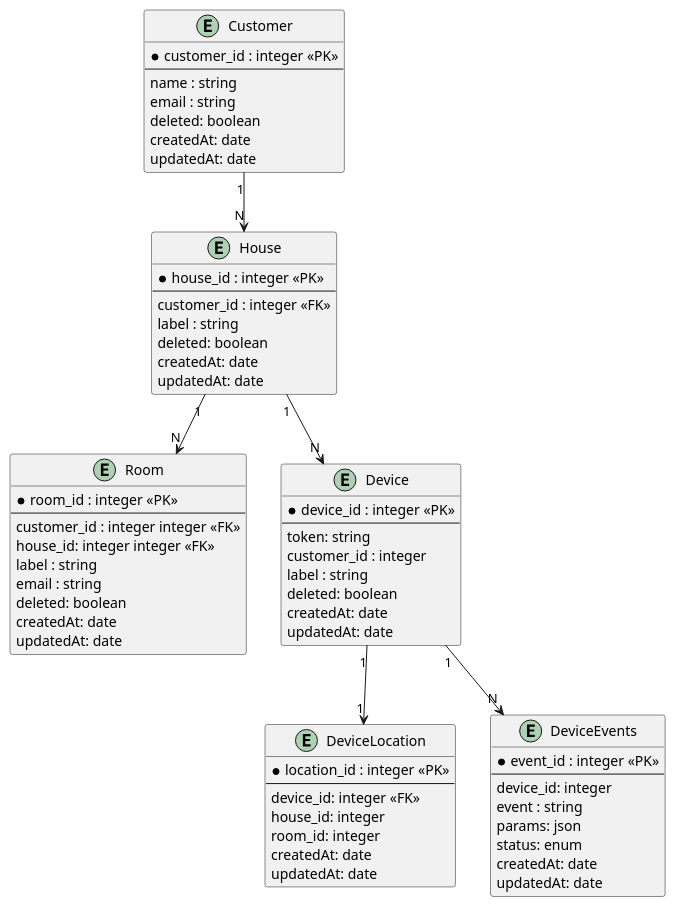
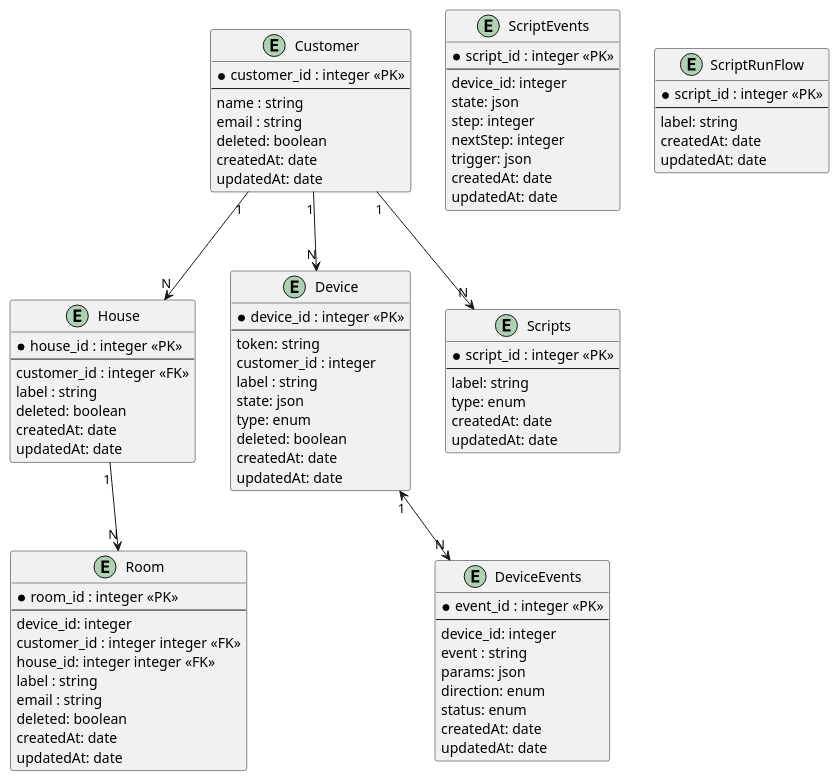
The diagram in apps/smart_home/diagrams/er/er_warmhouse.puml (apheleon/warmhouse), drawn with PlantUML before and after one commit. The commit also changed 3 other files, not shown here.

```diff
--- a/apps/smart_home/diagrams/er/er_warmhouse.puml
+++ b/apps/smart_home/diagrams/er/er_warmhouse.puml
@@ -1,75 +1,98 @@
 @startuml ER_WARMHOUSE
 together{
     entity Customer {
         * customer_id : integer <<PK>>
         --
         name : string
         email : string
         deleted: boolean
         createdAt: date
         updatedAt: date
     }
 
     entity House {
         * house_id : integer <<PK>>
         --
         customer_id : integer <<FK>>
         label : string
         deleted: boolean
         createdAt: date
         updatedAt: date
     }
 
     entity Room {
         * room_id : integer <<PK>>
         --
+        device_id: integer
         customer_id : integer integer <<FK>>
         house_id: integer integer <<FK>>
         label : string
         email : string
         deleted: boolean
         createdAt: date
         updatedAt: date
     }
 
     entity Device {
         * device_id : integer <<PK>>
         --
         token: string
         customer_id : integer
         label : string
+        state: json
+        type: enum
         deleted: boolean
         createdAt: date
         updatedAt: date
     }
+}
 
-    entity DeviceLocation {
-        * location_id : integer <<PK>>
+entity Scripts {
+        * script_id : integer <<PK>>
         --
-        device_id: integer <<FK>>
-        house_id: integer
-        room_id: integer
+        label: string
+        type: enum
         createdAt: date
         updatedAt: date
-    }
+}
 
+entity ScriptEvents {
+        * script_id : integer <<PK>>
+        --
+        device_id: integer
+        state: json
+        step: integer
+        nextStep: integer
+        trigger: json
+        createdAt: date
+        updatedAt: date
 }
+
+entity ScriptRunFlow {
+        * script_id : integer <<PK>>
+        --
+        label: string
+        createdAt: date
+        updatedAt: date
+}
+
 together {
     entity DeviceEvents {
         * event_id : integer <<PK>>
         --
         device_id: integer
         event : string
         params: json
+        direction: enum
         status: enum
         createdAt: date
         updatedAt: date
     }    
 }
 
+    Customer "1" --> "N" Scripts
     Customer "1" --> "N" House
+    Customer "1" --> "N" Device
     House "1" --> "N" Room
-    House "1" --> "N" Device
-    Device "1" --> "N" DeviceEvents
-    Device "1" --> "1" DeviceLocation
+    Device "1" <--> "N" DeviceEvents
 @enduml
```
